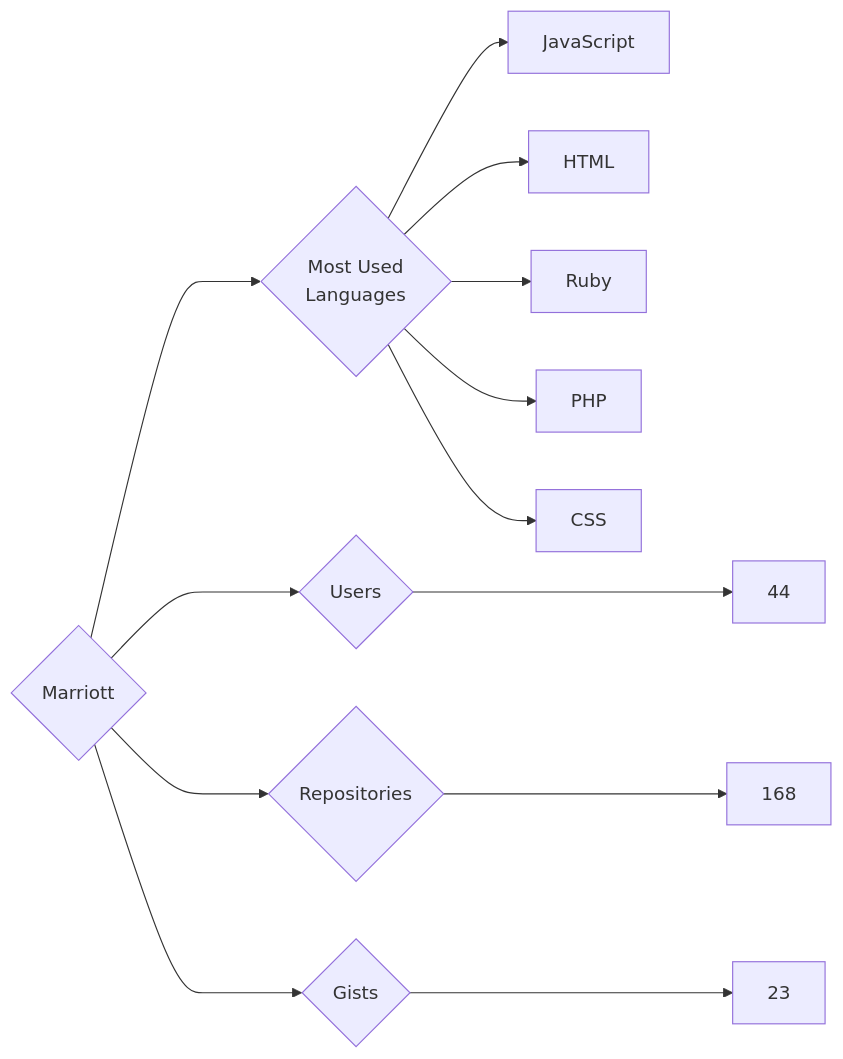
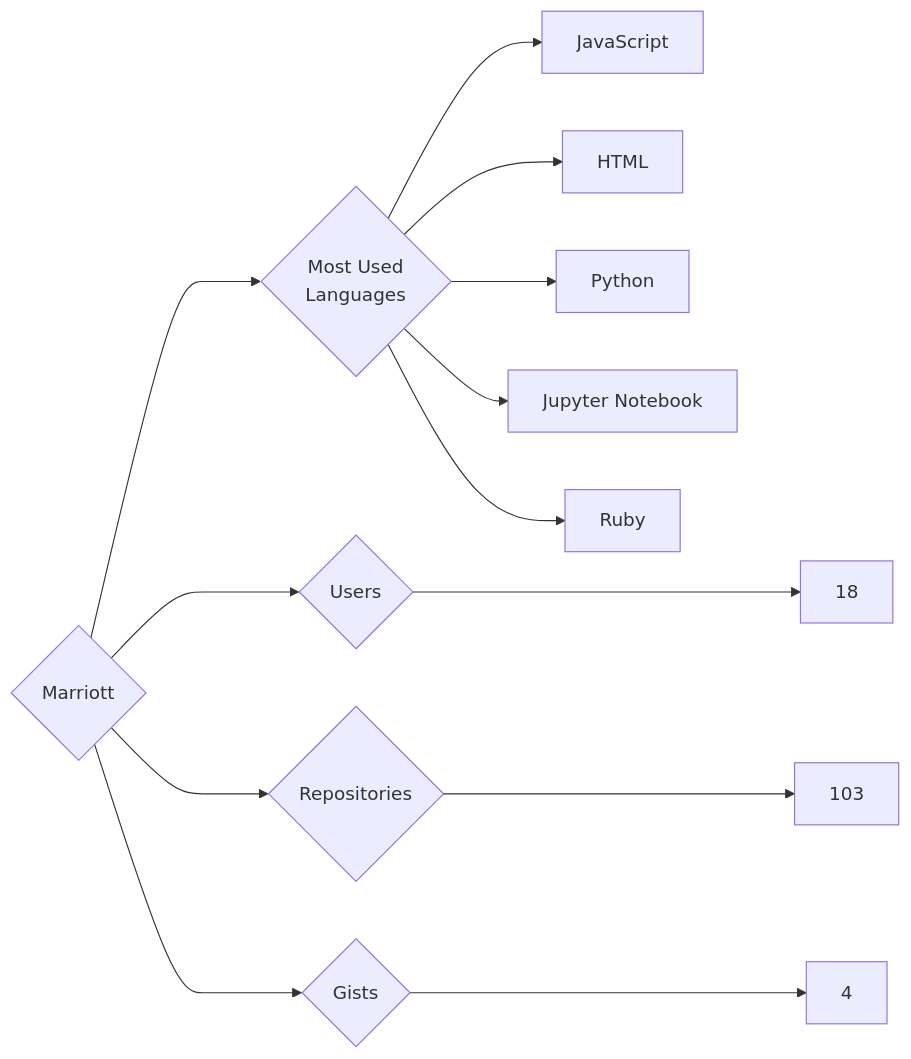
The diagram in targets/Marriott/README.md (trickest/insiders), drawn with Mermaid before and after one commit. The commit also changed 912 other files, not shown here.

````diff
--- a/targets/Marriott/README.md
+++ b/targets/Marriott/README.md
@@ -3,13 +3,13 @@
 ```mermaid
 graph LR
 COMPANY_NAME{Marriott}
-COMPANY_NAME ---> U{Users} ---> UN[44]
-COMPANY_NAME ---> R{Repositories} ---> RN[168]
-COMPANY_NAME ---> G{Gists} ---> GN[23]
+COMPANY_NAME ---> U{Users} ---> UN[18]
+COMPANY_NAME ---> R{Repositories} ---> RN[103]
+COMPANY_NAME ---> G{Gists} ---> GN[4]
 COMPANY_NAME ---> ML{Most Used<br>Languages}
 ML --> JavaScript[JavaScript]
 ML --> HTML[HTML]
+ML --> Python[Python]
+ML --> Jupyter_Notebook[Jupyter Notebook]
 ML --> Ruby[Ruby]
-ML --> PHP[PHP]
-ML --> CSS[CSS]
 ```
````
